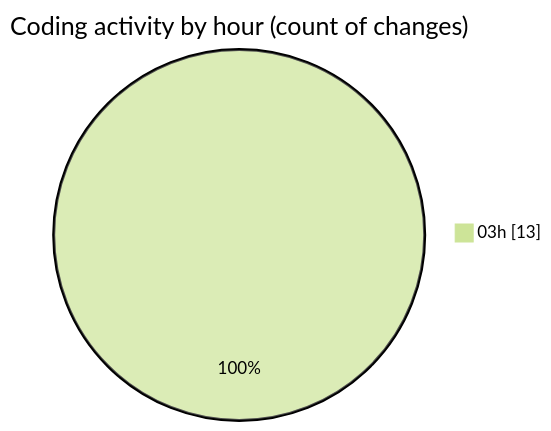
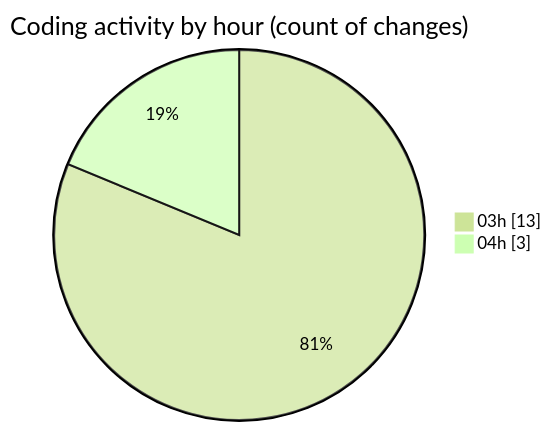
The second of 2 diagrams in 2026-07-15/shibass-ai/README.md (shibass792/code-tracking), drawn with Mermaid (forest theme) before and after one commit. The commit also changed other lines of this file and 1 other file, not shown here.

````diff
--- a/2026-07-15/shibass-ai/README.md
+++ b/2026-07-15/shibass-ai/README.md
@@ -34,5 +34,6 @@
 ```mermaid
 pie showData
 title Coding activity by hour (count of changes)
 "03h" : 13
+"04h" : 3
 ```
````
